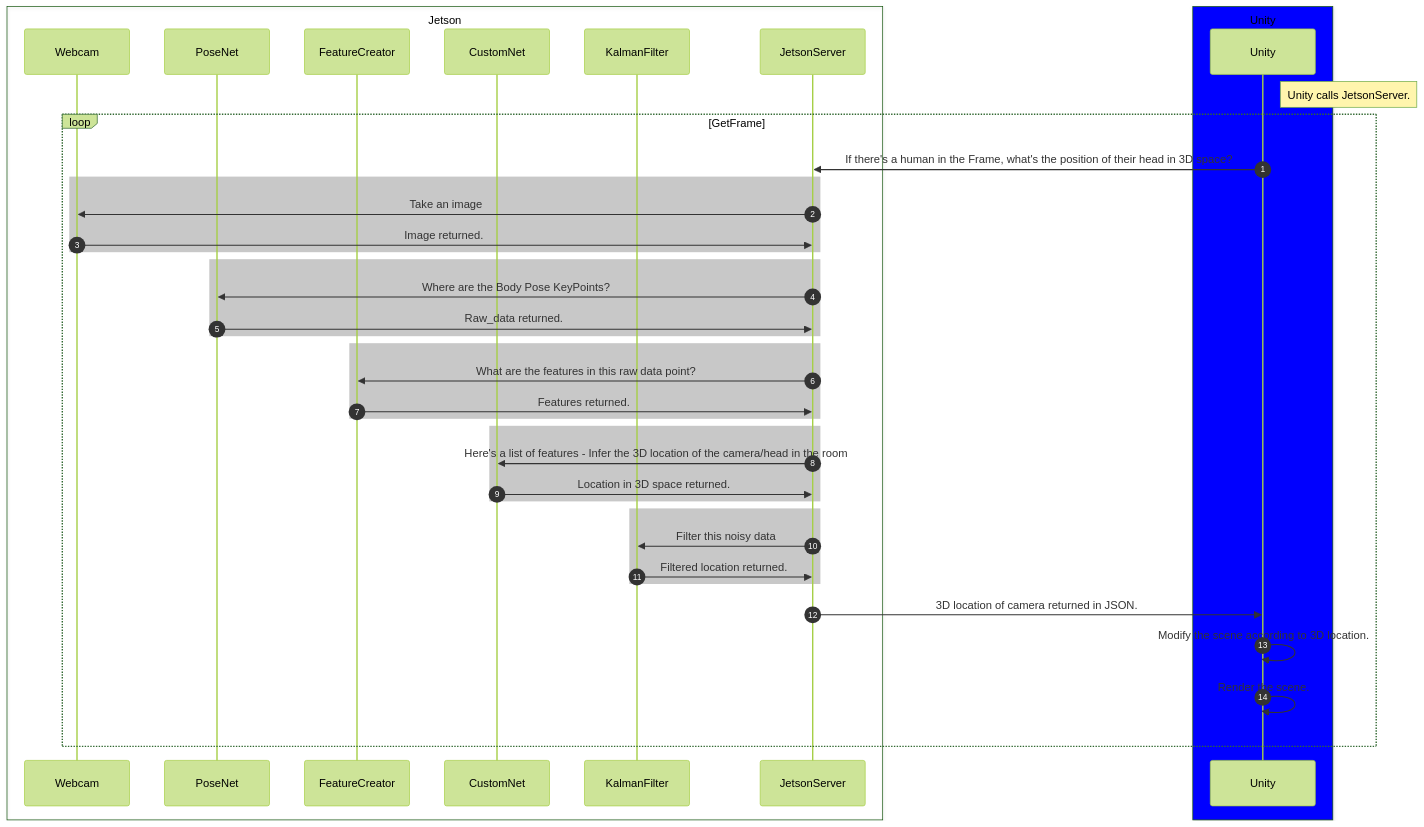
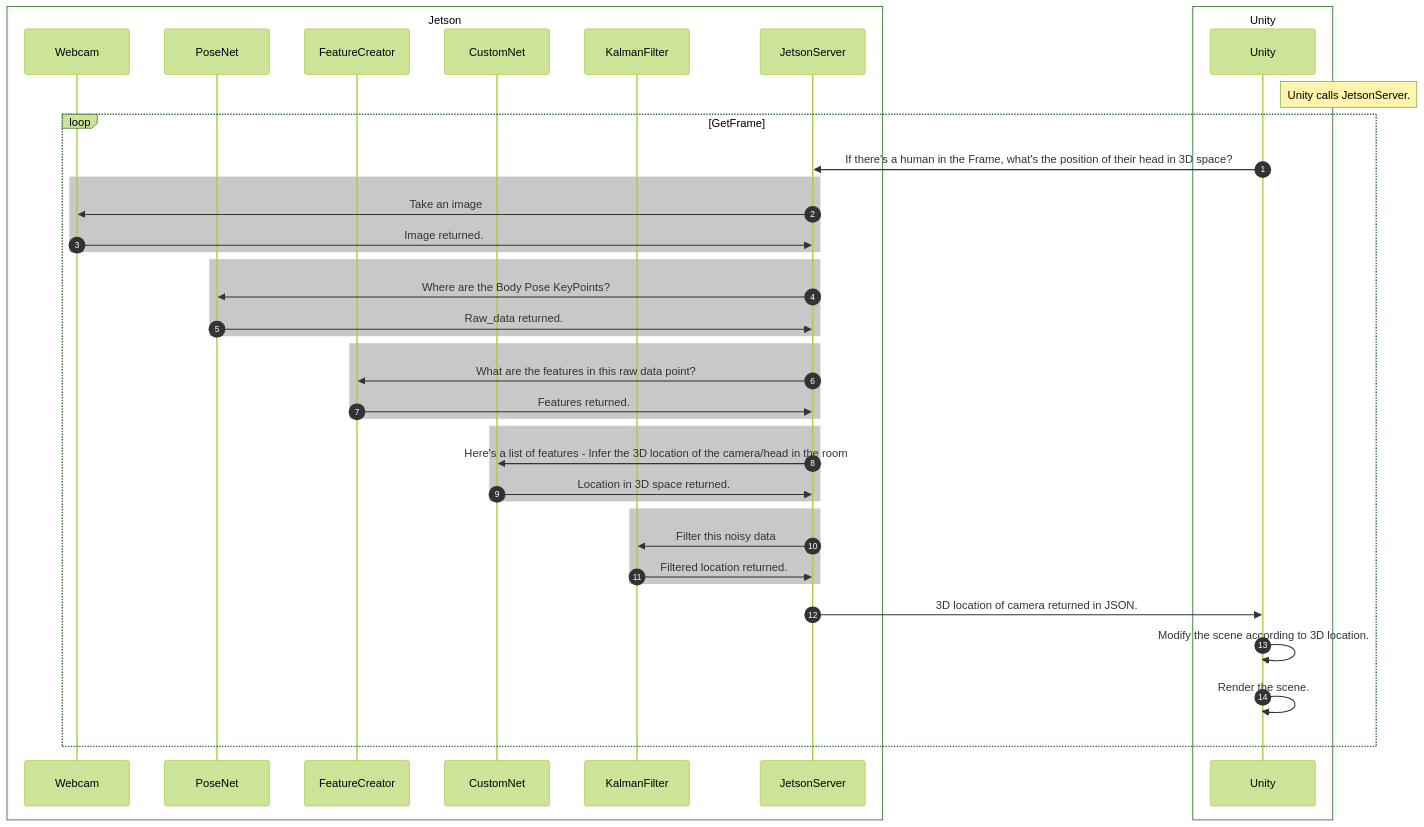
Before and after one commit to eyast/eyast.github.io: the diagram in _projects/3D_Display.md, drawn with Mermaid (forest theme).

```diff
--- a/_projects/3D_Display.md
+++ b/_projects/3D_Display.md
@@ -31,42 +31,42 @@
 {% mermaid %}
 sequenceDiagram
     box Jetson
     participant Webcam
     participant PoseNet
     participant FeatureCreator
     participant CustomNet
     participant KalmanFilter
     participant JetsonServer
     end
-    box blue Unity
+    box Unity
     participant Unity
     end
     autonumber
     note right of Unity: Unity calls JetsonServer.
     loop GetFrame
         Unity->>JetsonServer:If there's a human in the Frame, what's the position of their head in 3D space?
         rect rgb(200, 200, 200)
         JetsonServer->>Webcam: Take an image
         Webcam->> JetsonServer: Image returned.
         end
         rect rgb(200, 200, 200)
         JetsonServer->>PoseNet: Where are the Body Pose KeyPoints?
         PoseNet->>JetsonServer: Raw_data returned.
         end
         rect rgb(200, 200, 200)
         JetsonServer->>FeatureCreator: What are the features in this raw data point?
         FeatureCreator->>JetsonServer: Features returned.
         end
         rect rgb(200, 200, 200)
         JetsonServer->>CustomNet: Here's a list of features - Infer the 3D location of the camera/head in the room
         CustomNet->>JetsonServer: Location in 3D space returned.
         end
         rect rgb(200, 200, 200)
         JetsonServer->>KalmanFilter: Filter this noisy data
         KalmanFilter->>JetsonServer: Filtered location returned.
         end
         JetsonServer->>Unity: 3D location of camera returned in JSON.
         Unity->>Unity: Modify the scene according to 3D location.
         Unity->>Unity: Render the scene.
     end
 {% endmermaid %}
```
